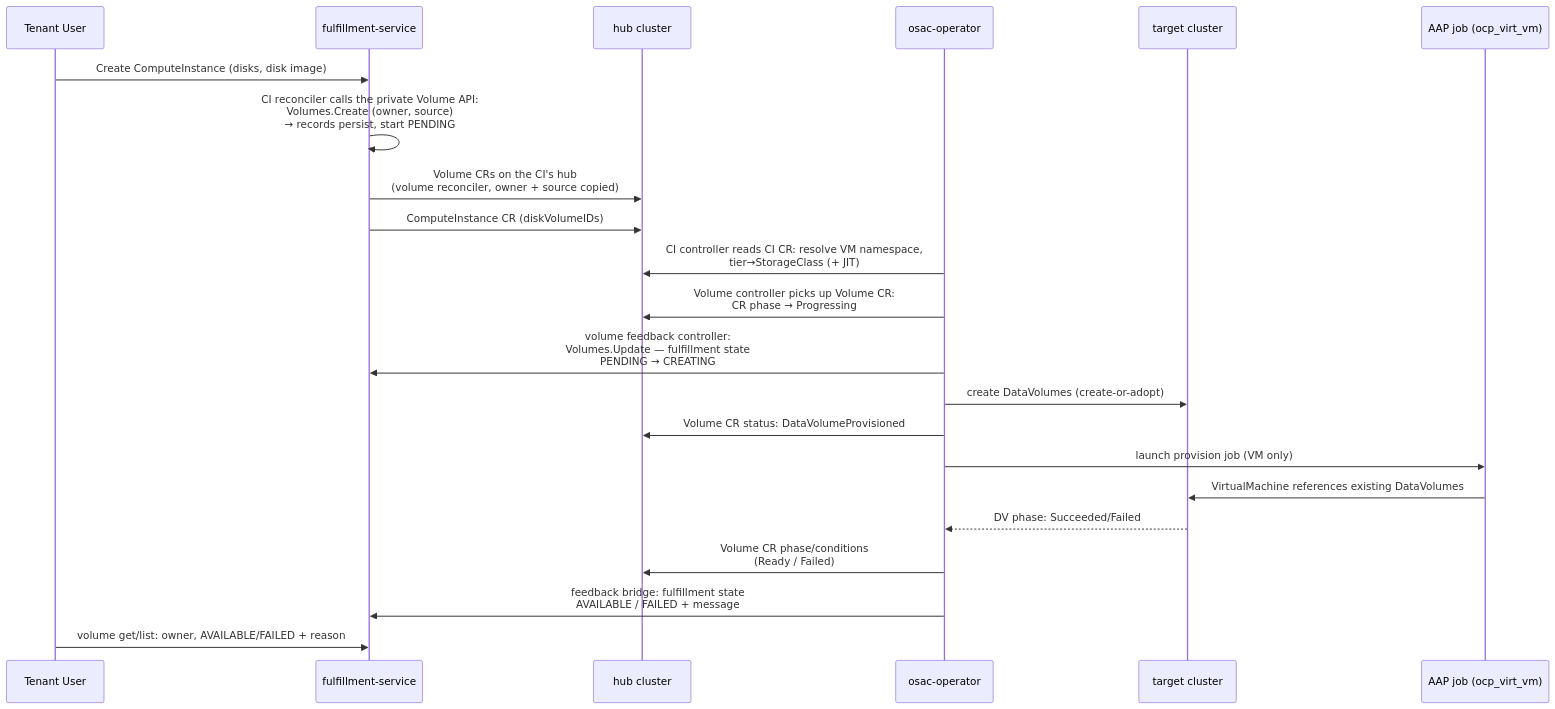
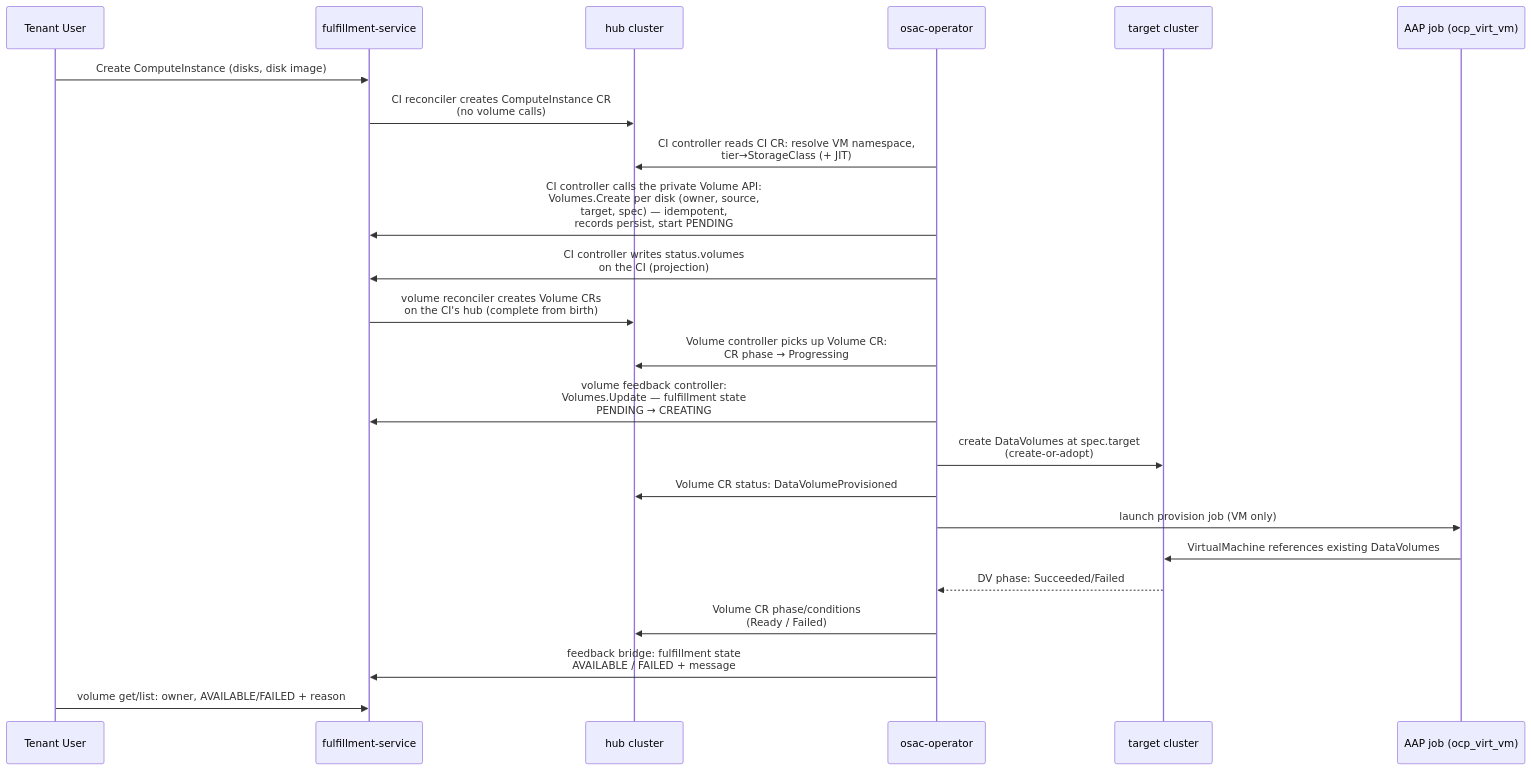
The first of 2 diagrams in enhancements/OSAC-7749-volume-api-vmass-provisioning/design.md (osac-project/enhancement-proposals), drawn with Mermaid before and after one commit. The commit also changed other lines of this file and 1 other file, not shown here.

First line of the commit message:
OSAC-7749: address review feedback — restructure volume create flow

````diff
--- a/enhancements/OSAC-7749-volume-api-vmass-provisioning/design.md
+++ b/enhancements/OSAC-7749-volume-api-vmass-provisioning/design.md
@@ -116,25 +129,26 @@
 ```mermaid
 sequenceDiagram
     participant TU as Tenant User
     participant F as fulfillment-service
     participant H as hub cluster
     participant OP as osac-operator
     participant T as target cluster
     participant AAP as AAP job (ocp_virt_vm)
 
     TU->>F: Create ComputeInstance (disks, disk image)
-    F->>F: CI reconciler calls the private Volume API:<br/>Volumes.Create (owner, source)<br/>→ records persist, start PENDING
-    F->>H: Volume CRs on the CI's hub<br/>(volume reconciler, owner + source copied)
-    F->>H: ComputeInstance CR (diskVolumeIDs)
+    F->>H: CI reconciler creates ComputeInstance CR<br/>(no volume calls)
     OP->>H: CI controller reads CI CR: resolve VM namespace,<br/>tier→StorageClass (+ JIT)
+    OP->>F: CI controller calls the private Volume API:<br/>Volumes.Create per disk (owner, source,<br/>target, spec) — idempotent,<br/>records persist, start PENDING
+    OP->>F: CI controller writes status.volumes<br/>on the CI (projection)
+    F->>H: volume reconciler creates Volume CRs<br/>on the CI's hub (complete from birth)
     OP->>H: Volume controller picks up Volume CR:<br/>CR phase → Progressing
     OP->>F: volume feedback controller:<br/>Volumes.Update — fulfillment state<br/>PENDING → CREATING
-    OP->>T: create DataVolumes (create-or-adopt)
+    OP->>T: create DataVolumes at spec.target<br/>(create-or-adopt)
     OP->>H: Volume CR status: DataVolumeProvisioned
     OP->>AAP: launch provision job (VM only)
     AAP->>T: VirtualMachine references existing DataVolumes
     T-->>OP: DV phase: Succeeded/Failed
     OP->>H: Volume CR phase/conditions<br/>(Ready / Failed)
     OP->>F: feedback bridge: fulfillment state<br/>AVAILABLE / FAILED + message
     TU->>F: volume get/list: owner, AVAILABLE/FAILED + reason
 ```
````
